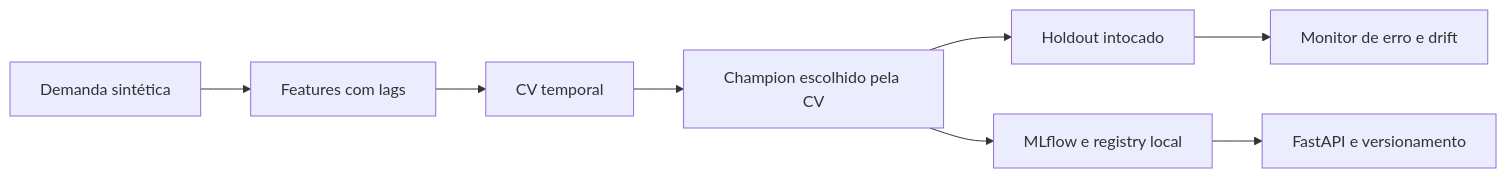
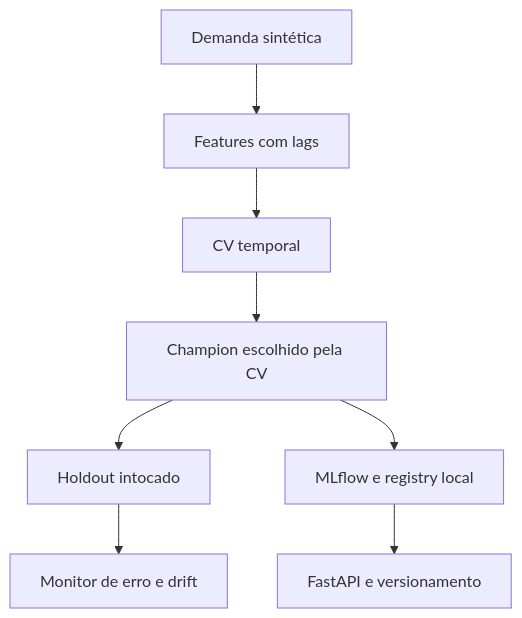
One commit to VictorCPena/previsao-demanda-mlops changed the diagram in docs/ARQUITETURA.md. Above: the diagram before and after it, drawn with Mermaid. The commit also changed 25 other files, not shown here.

````diff
--- a/docs/ARQUITETURA.md
+++ b/docs/ARQUITETURA.md
@@ -3,10 +3,10 @@
 ```mermaid
-flowchart LR
+flowchart TD
   A[Demanda sintética] --> B[Features com lags]
   B --> C[CV temporal]
   C --> D[Champion escolhido pela CV]
   D --> E[Holdout intocado]
   D --> F[MLflow e registry local]
   F --> G[FastAPI e versionamento]
   E --> H[Monitor de erro e drift]
 ```
````
